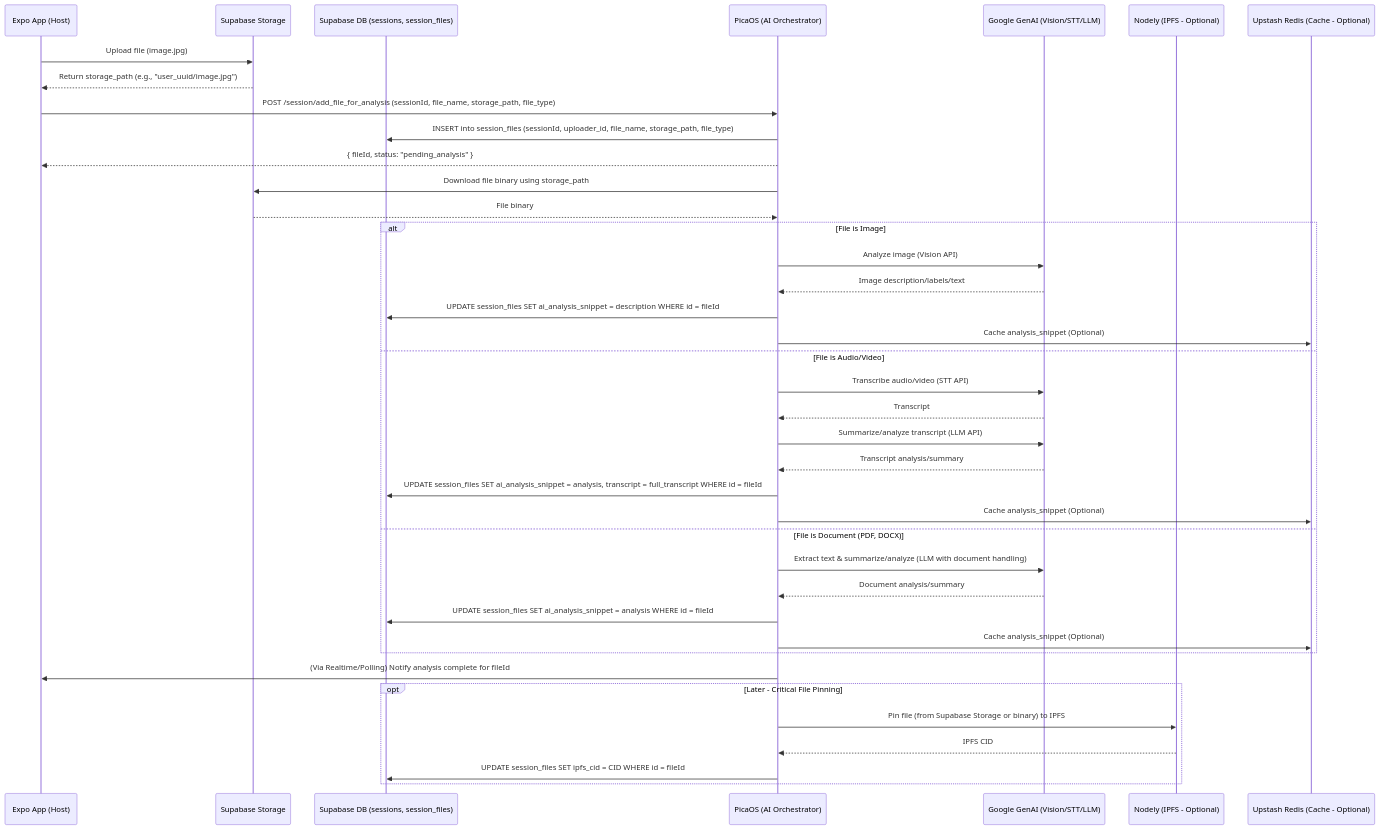
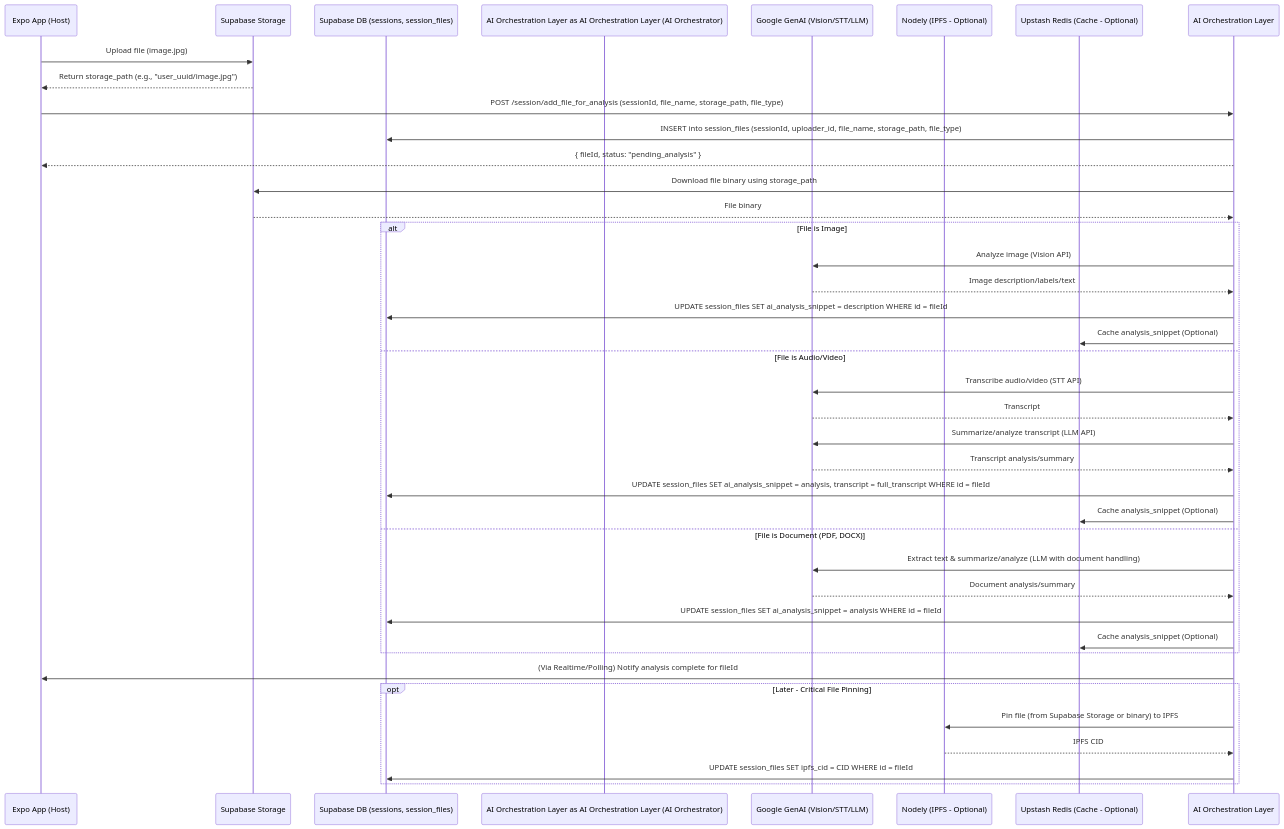
The third of 3 diagrams in docs/technical_product_knowledge_base/part4_data_flow_architecture_details.md (lord-dubious/understand.me), drawn with Mermaid before and after one commit. The commit also changed other lines of this file and 32 other files, not shown here.

First line of the commit message:
🚀 Complete Boilerplate: Simplified Architecture & TaskMaster

````diff
--- a/docs/technical_product_knowledge_base/part4_data_flow_architecture_details.md
+++ b/docs/technical_product_knowledge_base/part4_data_flow_architecture_details.md
@@ -183,47 +183,47 @@
 ```mermaid
 sequenceDiagram
     participant ExpoApp as Expo App (Host)
     participant SupabaseStorage as Supabase Storage
     participant SupabaseDB as Supabase DB (sessions, session_files)
-    participant PicaOS as PicaOS (AI Orchestrator)
+    participant AI Orchestration Layer as AI Orchestration Layer (AI Orchestrator)
     participant GoogleGenAI as Google GenAI (Vision/STT/LLM)
     participant Nodely as Nodely (IPFS - Optional)
     participant UpstashRedis as Upstash Redis (Cache - Optional)
 
     ExpoApp->>SupabaseStorage: Upload file (image.jpg)
     SupabaseStorage-->>ExpoApp: Return storage_path (e.g., "user_uuid/image.jpg")
 
-    ExpoApp->>PicaOS: POST /session/add_file_for_analysis (sessionId, file_name, storage_path, file_type)
-    PicaOS->>SupabaseDB: INSERT into session_files (sessionId, uploader_id, file_name, storage_path, file_type)
-    PicaOS-->>ExpoApp: { fileId, status: "pending_analysis" }
+    ExpoApp->>AI Orchestration Layer: POST /session/add_file_for_analysis (sessionId, file_name, storage_path, file_type)
+    AI Orchestration Layer->>SupabaseDB: INSERT into session_files (sessionId, uploader_id, file_name, storage_path, file_type)
+    AI Orchestration Layer-->>ExpoApp: { fileId, status: "pending_analysis" }
 
-    PicaOS->>SupabaseStorage: Download file binary using storage_path
-    SupabaseStorage-->>PicaOS: File binary
+    AI Orchestration Layer->>SupabaseStorage: Download file binary using storage_path
+    SupabaseStorage-->>AI Orchestration Layer: File binary
 
     alt File is Image
-        PicaOS->>GoogleGenAI: Analyze image (Vision API)
-        GoogleGenAI-->>PicaOS: Image description/labels/text
-        PicaOS->>SupabaseDB: UPDATE session_files SET ai_analysis_snippet = description WHERE id = fileId
-        PicaOS->>UpstashRedis: Cache analysis_snippet (Optional)
+        AI Orchestration Layer->>GoogleGenAI: Analyze image (Vision API)
+        GoogleGenAI-->>AI Orchestration Layer: Image description/labels/text
+        AI Orchestration Layer->>SupabaseDB: UPDATE session_files SET ai_analysis_snippet = description WHERE id = fileId
+        AI Orchestration Layer->>UpstashRedis: Cache analysis_snippet (Optional)
     else File is Audio/Video
-        PicaOS->>GoogleGenAI: Transcribe audio/video (STT API)
-        GoogleGenAI-->>PicaOS: Transcript
-        PicaOS->>GoogleGenAI: Summarize/analyze transcript (LLM API)
-        GoogleGenAI-->>PicaOS: Transcript analysis/summary
-        PicaOS->>SupabaseDB: UPDATE session_files SET ai_analysis_snippet = analysis, transcript = full_transcript WHERE id = fileId
-        PicaOS->>UpstashRedis: Cache analysis_snippet (Optional)
+        AI Orchestration Layer->>GoogleGenAI: Transcribe audio/video (STT API)
+        GoogleGenAI-->>AI Orchestration Layer: Transcript
+        AI Orchestration Layer->>GoogleGenAI: Summarize/analyze transcript (LLM API)
+        GoogleGenAI-->>AI Orchestration Layer: Transcript analysis/summary
+        AI Orchestration Layer->>SupabaseDB: UPDATE session_files SET ai_analysis_snippet = analysis, transcript = full_transcript WHERE id = fileId
+        AI Orchestration Layer->>UpstashRedis: Cache analysis_snippet (Optional)
     else File is Document (PDF, DOCX)
-        PicaOS->>GoogleGenAI: Extract text & summarize/analyze (LLM with document handling)
-        GoogleGenAI-->>PicaOS: Document analysis/summary
-        PicaOS->>SupabaseDB: UPDATE session_files SET ai_analysis_snippet = analysis WHERE id = fileId
-        PicaOS->>UpstashRedis: Cache analysis_snippet (Optional)
+        AI Orchestration Layer->>GoogleGenAI: Extract text & summarize/analyze (LLM with document handling)
+        GoogleGenAI-->>AI Orchestration Layer: Document analysis/summary
+        AI Orchestration Layer->>SupabaseDB: UPDATE session_files SET ai_analysis_snippet = analysis WHERE id = fileId
+        AI Orchestration Layer->>UpstashRedis: Cache analysis_snippet (Optional)
     end
 
-    PicaOS->>ExpoApp: (Via Realtime/Polling) Notify analysis complete for fileId
+    AI Orchestration Layer->>ExpoApp: (Via Realtime/Polling) Notify analysis complete for fileId
 
     opt Later - Critical File Pinning
-        PicaOS->>Nodely: Pin file (from Supabase Storage or binary) to IPFS
-        Nodely-->>PicaOS: IPFS CID
-        PicaOS->>SupabaseDB: UPDATE session_files SET ipfs_cid = CID WHERE id = fileId
+        AI Orchestration Layer->>Nodely: Pin file (from Supabase Storage or binary) to IPFS
+        Nodely-->>AI Orchestration Layer: IPFS CID
+        AI Orchestration Layer->>SupabaseDB: UPDATE session_files SET ipfs_cid = CID WHERE id = fileId
     end
 ```
````
